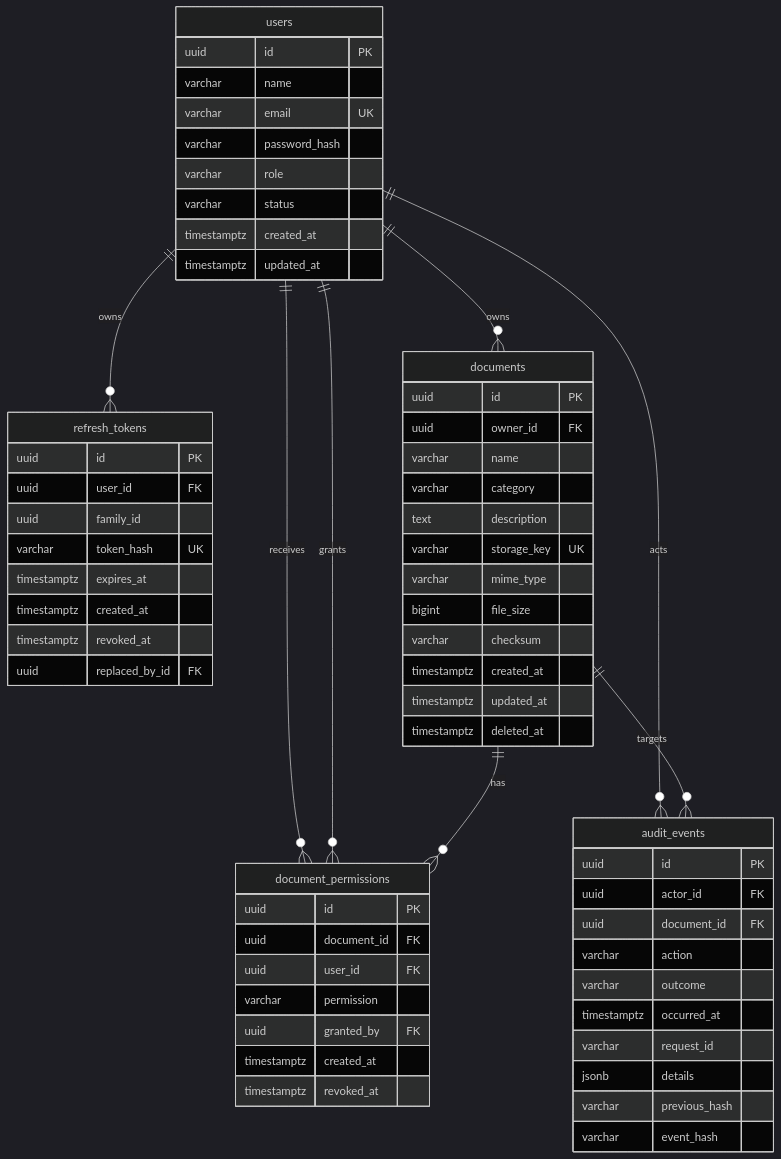
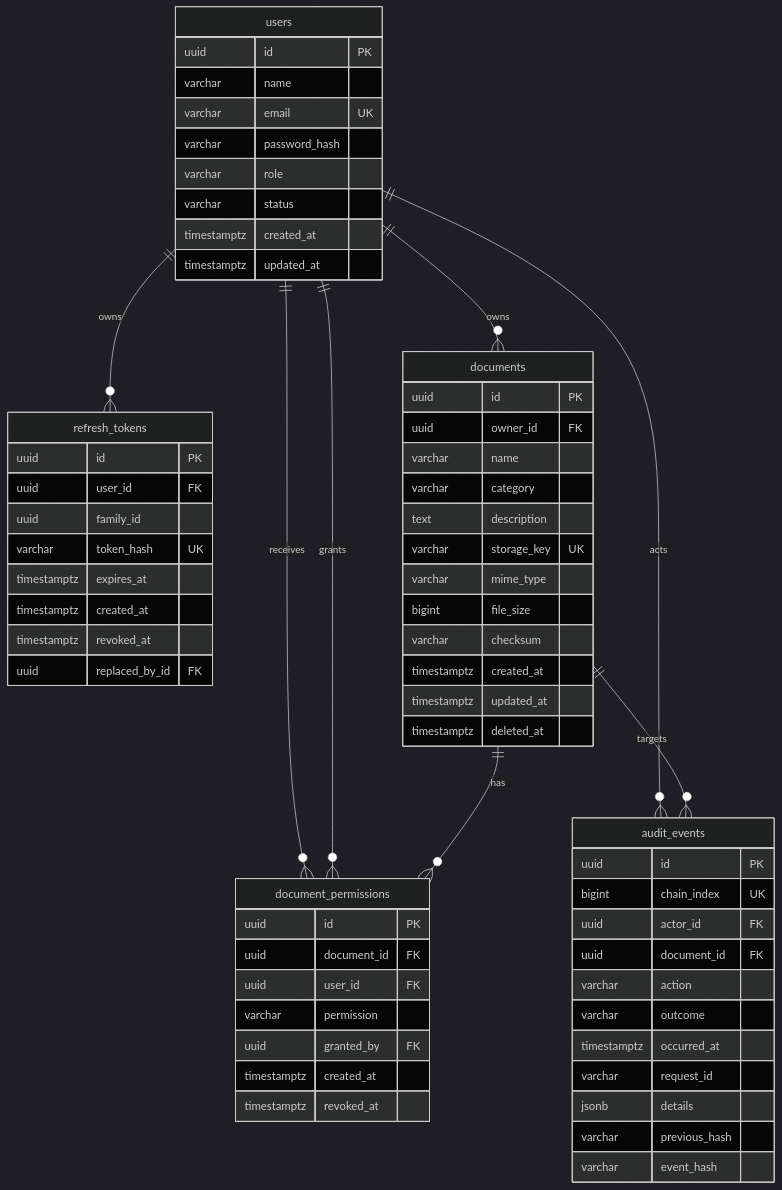
One commit to saisankeerth27/TrustVault changed the diagram in docs/DATABASE.md. Above: the diagram before and after it, drawn with Mermaid (dark theme). The commit also changed other lines of this file and 35 other files, not shown here.

````diff
--- a/docs/DATABASE.md
+++ b/docs/DATABASE.md
@@ -9,70 +9,71 @@
 ```mermaid
 erDiagram
     users ||--o{ refresh_tokens : owns
     users ||--o{ documents : owns
     users ||--o{ document_permissions : receives
     users ||--o{ document_permissions : grants
     documents ||--o{ document_permissions : has
     users ||--o{ audit_events : acts
     documents ||--o{ audit_events : targets
 
     users {
         uuid id PK
         varchar name
         varchar email UK
         varchar password_hash
         varchar role
         varchar status
         timestamptz created_at
         timestamptz updated_at
     }
 
     refresh_tokens {
         uuid id PK
         uuid user_id FK
         uuid family_id
         varchar token_hash UK
         timestamptz expires_at
         timestamptz created_at
         timestamptz revoked_at
         uuid replaced_by_id FK
     }
 
     documents {
         uuid id PK
         uuid owner_id FK
         varchar name
         varchar category
         text description
         varchar storage_key UK
         varchar mime_type
         bigint file_size
         varchar checksum
         timestamptz created_at
         timestamptz updated_at
         timestamptz deleted_at
     }
 
     document_permissions {
         uuid id PK
         uuid document_id FK
         uuid user_id FK
         varchar permission
         uuid granted_by FK
         timestamptz created_at
         timestamptz revoked_at
     }
 
     audit_events {
         uuid id PK
+        bigint chain_index UK
         uuid actor_id FK
         uuid document_id FK
         varchar action
         varchar outcome
         timestamptz occurred_at
         varchar request_id
         jsonb details
         varchar previous_hash
         varchar event_hash
     }
 ```
````
